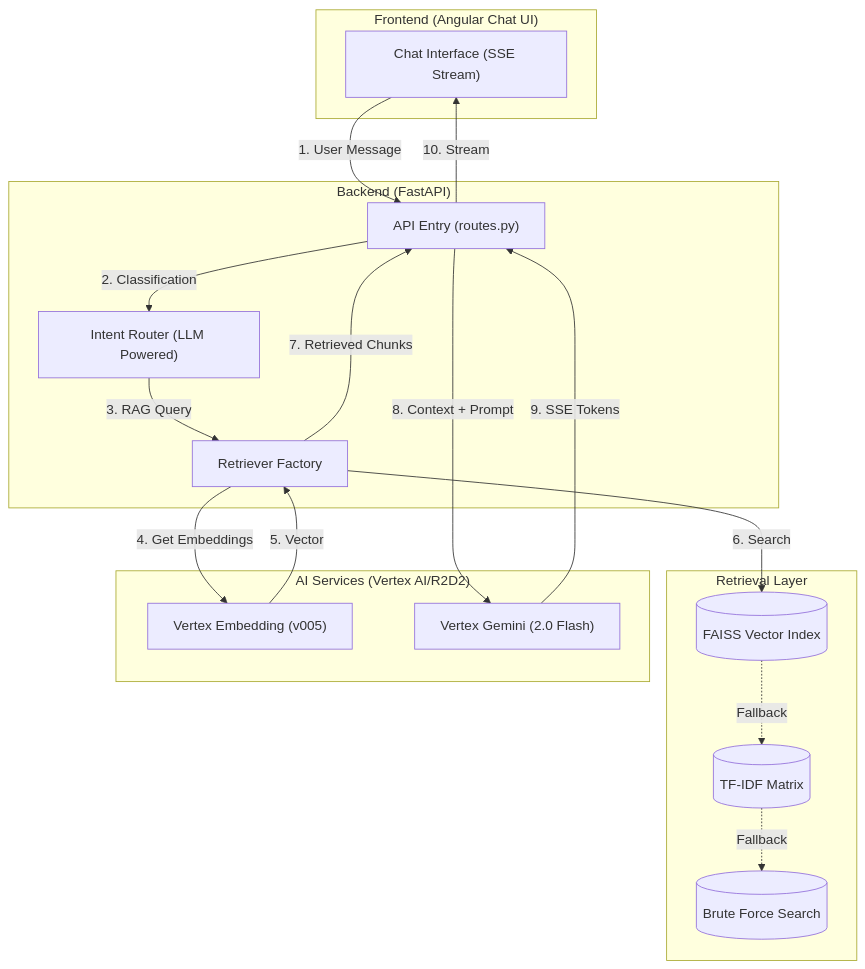
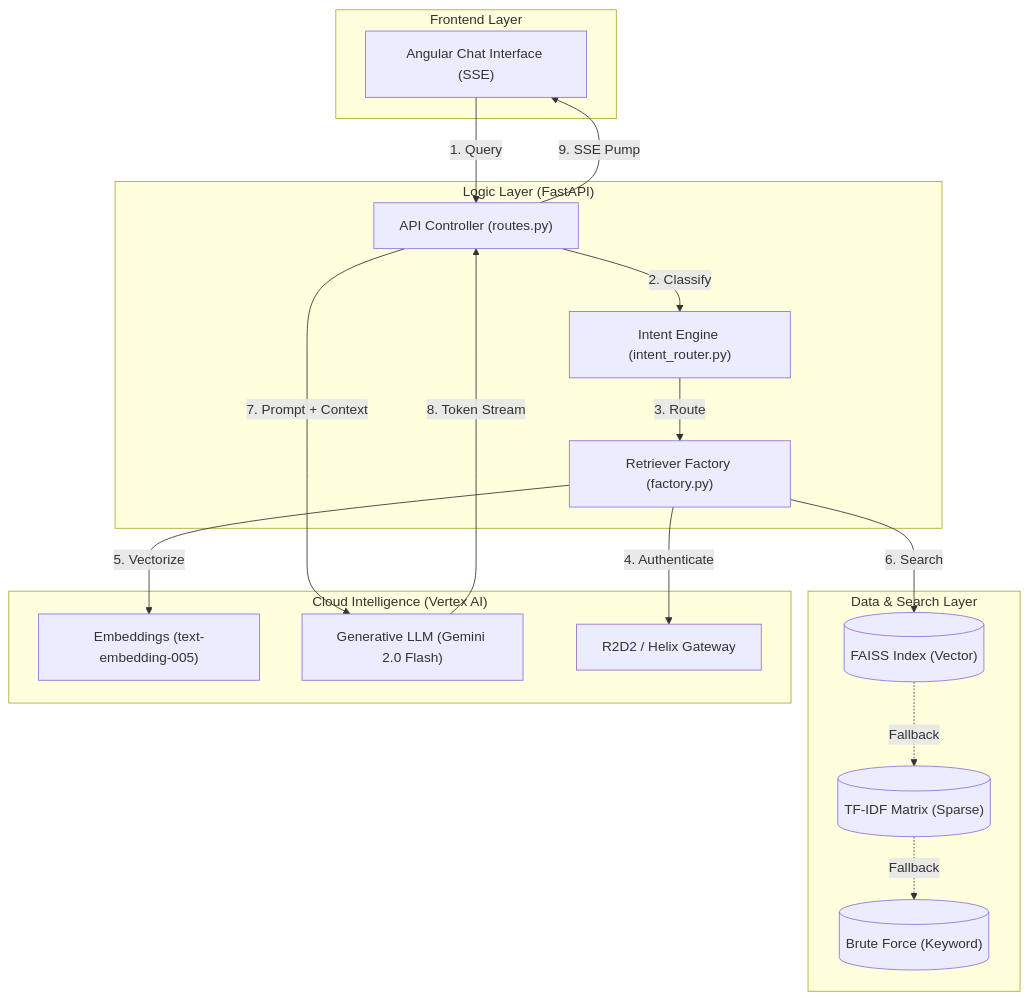
One commit to sana-work/rag-poc changed the diagram in TECHNICAL_WALKTHROUGH.md. Above: the diagram before and after it, drawn with Mermaid. The commit also changed other lines of this file, not shown here.

````diff
--- a/TECHNICAL_WALKTHROUGH.md
+++ b/TECHNICAL_WALKTHROUGH.md
@@ -13,37 +25,37 @@
 ```mermaid
 graph TB
-    subgraph "Frontend (Angular Chat UI)"
-        UI["Chat Interface (SSE Stream)"]
+    subgraph "Frontend Layer"
+        UI["Angular Chat Interface (SSE)"]
     end
 
-    subgraph "Backend (FastAPI)"
-        API["API Entry (routes.py)"]
-        IR["Intent Router (LLM Powered)"]
-        RT["Retriever Factory"]
+    subgraph "Logic Layer (FastAPI)"
+        API["API Controller (routes.py)"]
+        IR["Intent Engine (intent_router.py)"]
+        RT["Retriever Factory (factory.py)"]
     end
 
-    subgraph "Retrieval Layer"
-        FSS[("FAISS Vector Index")]
-        TFD[("TF-IDF Matrix")]
-        BRT[("Brute Force Search")]
+    subgraph "Data & Search Layer"
+        FSS[("FAISS Index (Vector)")]
+        TFD[("TF-IDF Matrix (Sparse)")]
+        BRT[("Brute Force (Keyword)")]
     end
 
-    subgraph "AI Services (Vertex AI/R2D2)"
-        EMB["Vertex Embedding (v005)"]
-        GEN["Vertex Gemini (2.0 Flash)"]
+    subgraph "Cloud Intelligence (Vertex AI)"
+        EMB["Embeddings (text-embedding-005)"]
+        GEN["Generative LLM (Gemini 2.0 Flash)"]
+        SEC["R2D2 / Helix Gateway"]
     end
 
-    %% Request Flow
-    UI -->|1. User Message| API
-    API -->|2. Classification| IR
-    IR -->|3. RAG Query| RT
-    RT -->|4. Get Embeddings| EMB
-    EMB -->|5. Vector| RT
+    %% Interaction Flow
+    UI -->|1. Query| API
+    API -->|2. Classify| IR
+    IR -->|3. Route| RT
+    RT -->|4. Authenticate| SEC
+    RT -->|5. Vectorize| EMB
     RT -->|6. Search| FSS
     FSS -.->|Fallback| TFD
     TFD -.->|Fallback| BRT
-    RT -->|7. Retrieved Chunks| API
-    API -->|8. Context + Prompt| GEN
-    GEN -->|9. SSE Tokens| API
-    API -->|10. Stream| UI
+    API -->|7. Prompt + Context| GEN
+    GEN -->|8. Token Stream| API
+    API -->|9. SSE Pump| UI
 ```
````
